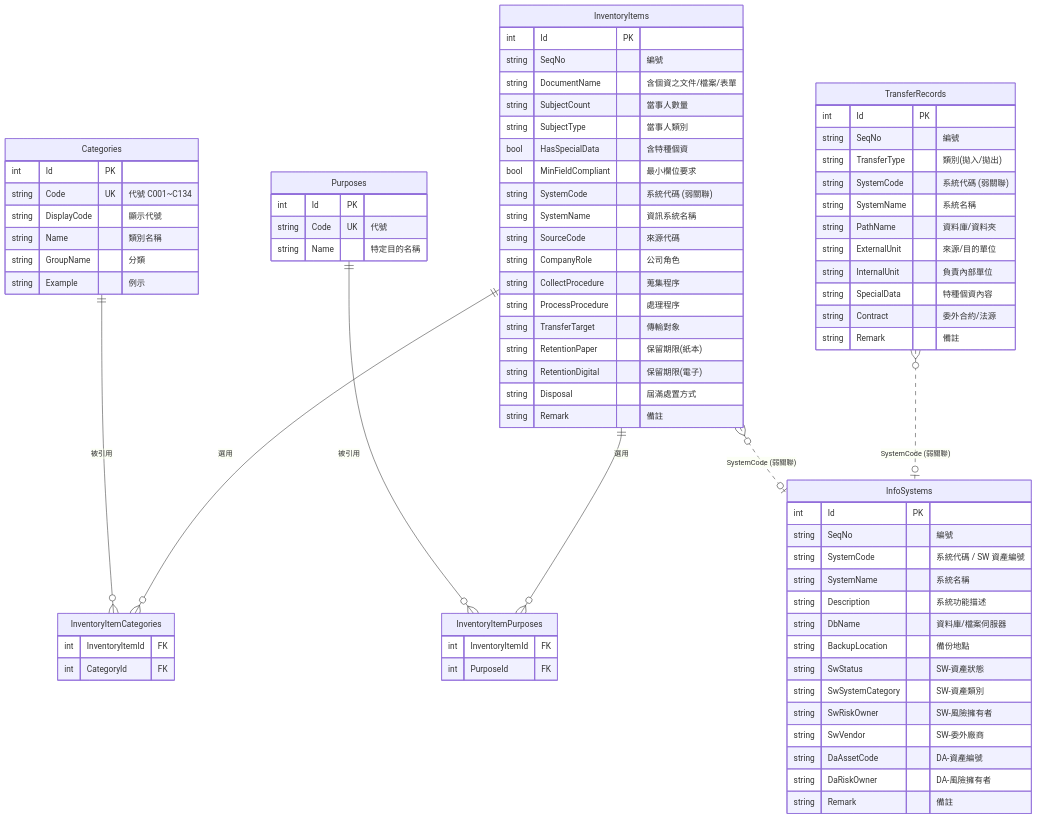
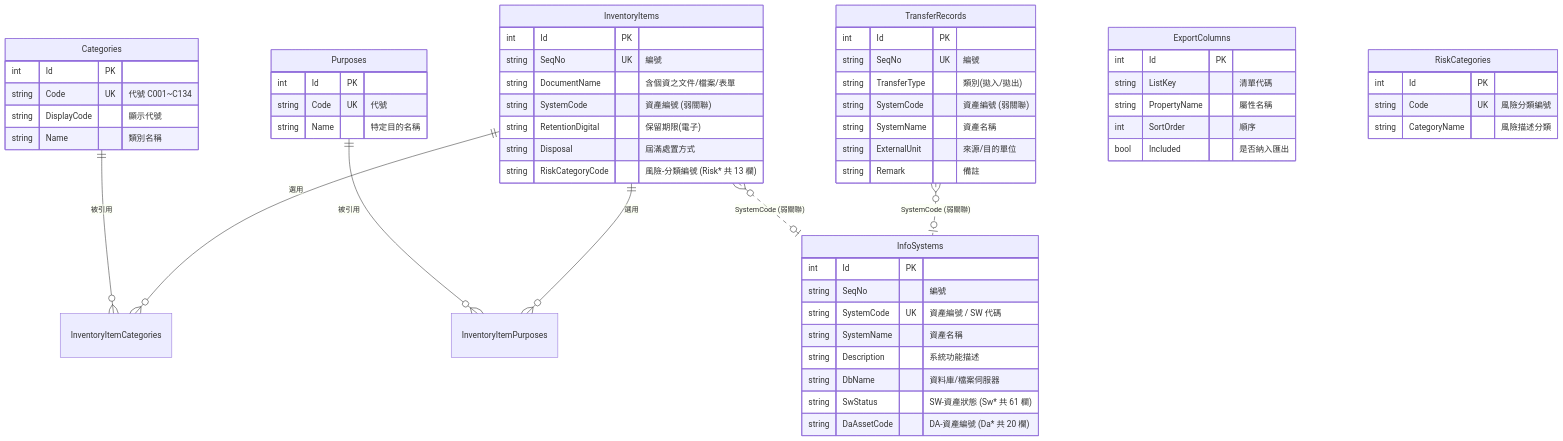
The second of 2 diagrams in PdInventory/docs/架構文件.md (jason9470/PdInventory), drawn with Mermaid before and after one commit. The commit also changed other lines of this file and 27 other files, not shown here.

````diff
--- a/PdInventory/docs/架構文件.md
+++ b/PdInventory/docs/架構文件.md
@@ -167,13 +222,42 @@
     InventoryItems }o..o| InfoSystems : "SystemCode (弱關聯)"
     TransferRecords }o..o| InfoSystems : "SystemCode (弱關聯)"
 
+    InfoSystems {
+        int Id PK
+        string SeqNo "編號"
+        string SystemCode UK "資產編號 / SW 代碼"
+        string SystemName "資產名稱"
+        string Description "系統功能描述"
+        string DbName "資料庫/檔案伺服器"
+        string SwStatus "SW-資產狀態 (Sw* 共 61 欄)"
+        string DaAssetCode "DA-資產編號 (Da* 共 20 欄)"
+    }
+
+    InventoryItems {
+        int Id PK
+        string SeqNo UK "編號"
+        string DocumentName "含個資之文件/檔案/表單"
+        string SystemCode "資產編號 (弱關聯)"
+        string RetentionDigital "保留期限(電子)"
+        string Disposal "屆滿處置方式"
+        string RiskCategoryCode "風險-分類編號 (Risk* 共 13 欄)"
+    }
+
+    TransferRecords {
+        int Id PK
+        string SeqNo UK "編號"
+        string TransferType "類別(拋入/拋出)"
+        string SystemCode "資產編號 (弱關聯)"
+        string SystemName "資產名稱"
+        string ExternalUnit "來源/目的單位"
+        string Remark "備註"
+    }
+
     Categories {
         int Id PK
         string Code UK "代號 C001~C134"
         string DisplayCode "顯示代號"
         string Name "類別名稱"
-        string GroupName "分類"
-        string Example "例示"
     }
 
     Purposes {
@@ -182,65 +266,17 @@
         string Name "特定目的名稱"
     }
 
-    InventoryItems {
+    ExportColumns {
         int Id PK
-        string SeqNo "編號"
-        string DocumentName "含個資之文件/檔案/表單"
-        string SubjectCount "當事人數量"
-        string SubjectType "當事人類別"
-        bool HasSpecialData "含特種個資"
-        bool MinFieldCompliant "最小欄位要求"
-        string SystemCode "系統代碼 (弱關聯)"
-        string SystemName "資訊系統名稱"
-        string SourceCode "來源代碼"
-        string CompanyRole "公司角色"
-        string CollectProcedure "蒐集程序"
-        string ProcessProcedure "處理程序"
-        string TransferTarget "傳輸對象"
-        string RetentionPaper "保留期限(紙本)"
-        string RetentionDigital "保留期限(電子)"
-        string Disposal "屆滿處置方式"
-        string Remark "備註"
+        string ListKey "清單代碼"
+        string PropertyName "屬性名稱"
+        int SortOrder "順序"
+        bool Included "是否納入匯出"
     }
 
-    InventoryItemCategories {
-        int InventoryItemId FK
-        int CategoryId FK
-    }
-
-    InventoryItemPurposes {
-        int InventoryItemId FK
-        int PurposeId FK
-    }
-
-    TransferRecords {
+    RiskCategories {
         int Id PK
-        string SeqNo "編號"
-        string TransferType "類別(拋入/拋出)"
-        string SystemCode "系統代碼 (弱關聯)"
-        string SystemName "系統名稱"
-        string PathName "資料庫/資料夾"
-        string ExternalUnit "來源/目的單位"
-        string InternalUnit "負責內部單位"
-        string SpecialData "特種個資內容"
-        string Contract "委外合約/法源"
-        string Remark "備註"
-    }
-
-    InfoSystems {
-        int Id PK
-        string SeqNo "編號"
-        string SystemCode "系統代碼 / SW 資產編號"
-        string SystemName "系統名稱"
-        string Description "系統功能描述"
-        string DbName "資料庫/檔案伺服器"
-        string BackupLocation "備份地點"
-        string SwStatus "SW-資產狀態"
-        string SwSystemCategory "SW-資產類別"
-        string SwRiskOwner "SW-風險擁有者"
-        string SwVendor "SW-委外廠商"
-        string DaAssetCode "DA-資產編號"
-        string DaRiskOwner "DA-風險擁有者"
-        string Remark "備註"
+        string Code UK "風險分類編號"
+        string CategoryName "風險描述分類"
     }
 ```
````
